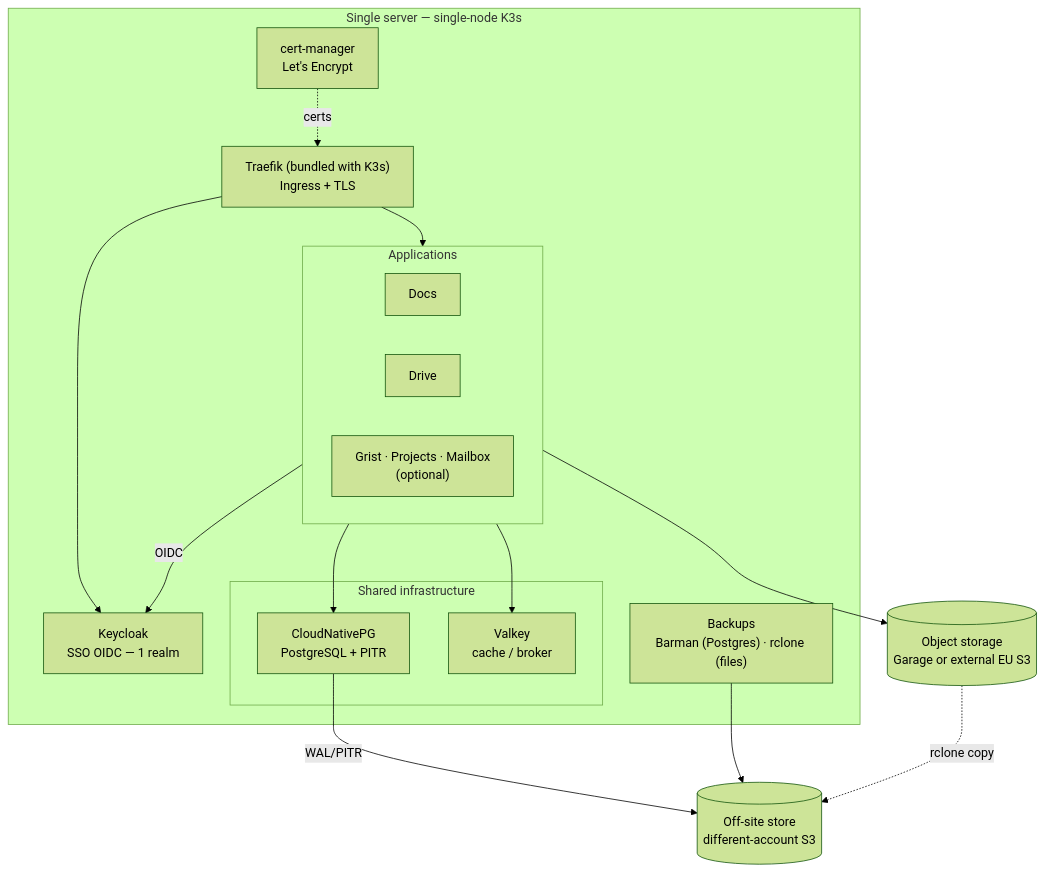
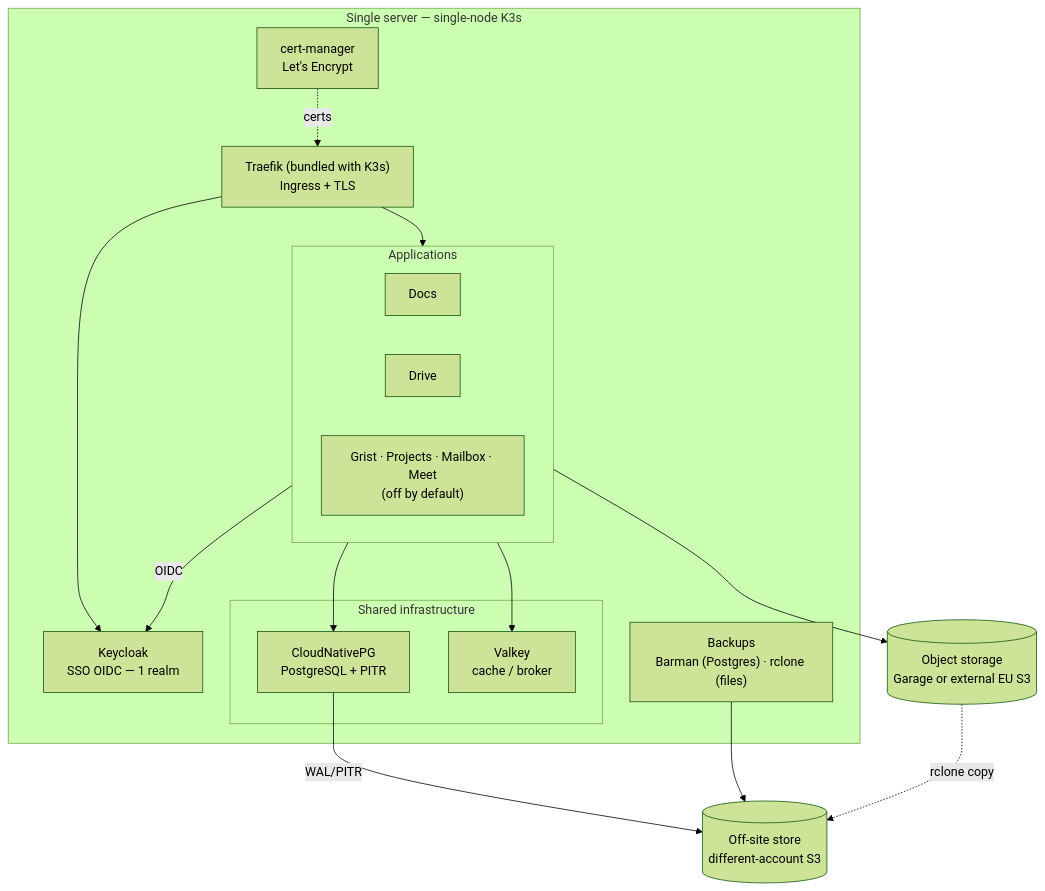
Before and after one commit to corentingiraud/ownsuite: the diagram in docs/understand/overview.md, drawn with Mermaid (forest theme). The commit also changed other lines of this file and 19 other files, not shown here.

````diff
--- a/docs/understand/overview.md
+++ b/docs/understand/overview.md
@@ -11,31 +11,31 @@
 ```mermaid
 flowchart TB
     subgraph server["Single server — single-node K3s"]
         T["Traefik (bundled with K3s)\nIngress + TLS"]
         CM["cert-manager\nLet's Encrypt"]
         subgraph APPS["Applications"]
             D["Docs"]
             DR["Drive"]
-            OPT["Grist · Projects · Mailbox\n(optional)"]
+            OPT["Grist · Projects · Mailbox · Meet\n(off by default)"]
         end
         KC["Keycloak\nSSO OIDC — 1 realm"]
         subgraph INFRA["Shared infrastructure"]
             PG["CloudNativePG\nPostgreSQL + PITR"]
             VK["Valkey\ncache / broker"]
         end
         BK["Backups\nBarman (Postgres) · rclone (files)"]
     end
     S3[("Object storage\nGarage  or  external EU S3")]
     OFF[("Off-site store\ndifferent-account S3")]
 
     T --> APPS
     T --> KC
     CM -. certs .-> T
     APPS -- OIDC --> KC
     APPS --> PG
     APPS --> VK
     APPS --> S3
     PG -- WAL/PITR --> OFF
     S3 -. rclone copy .-> OFF
     BK --> OFF
 ```
````
